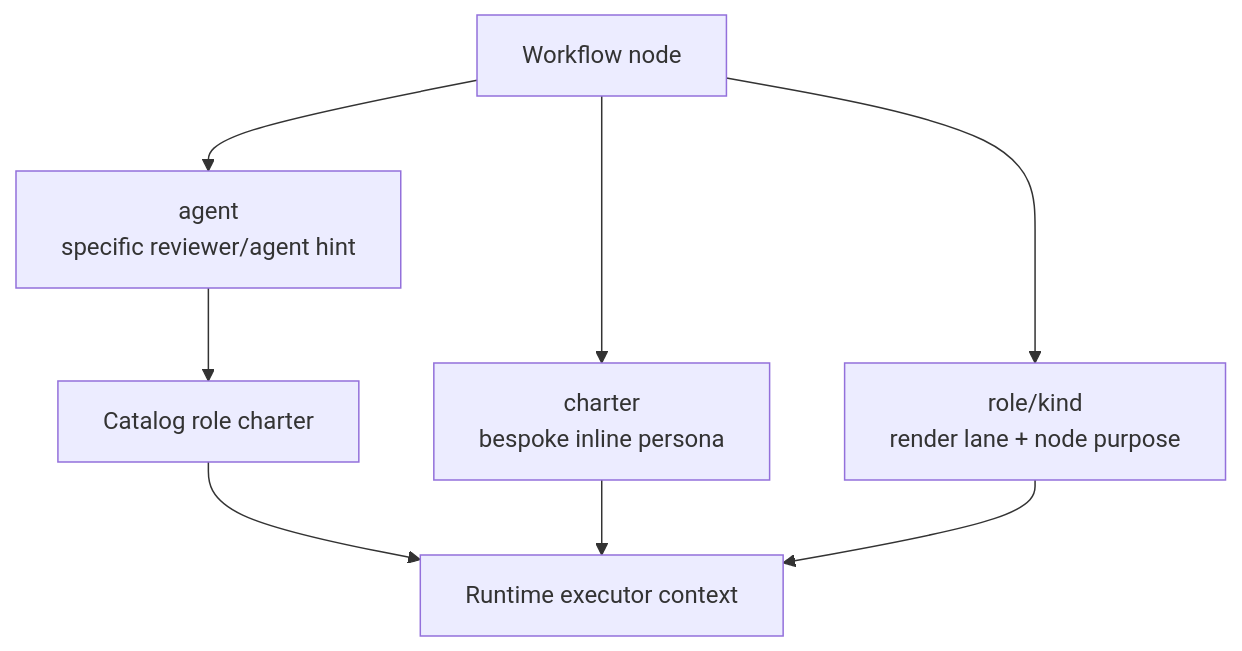
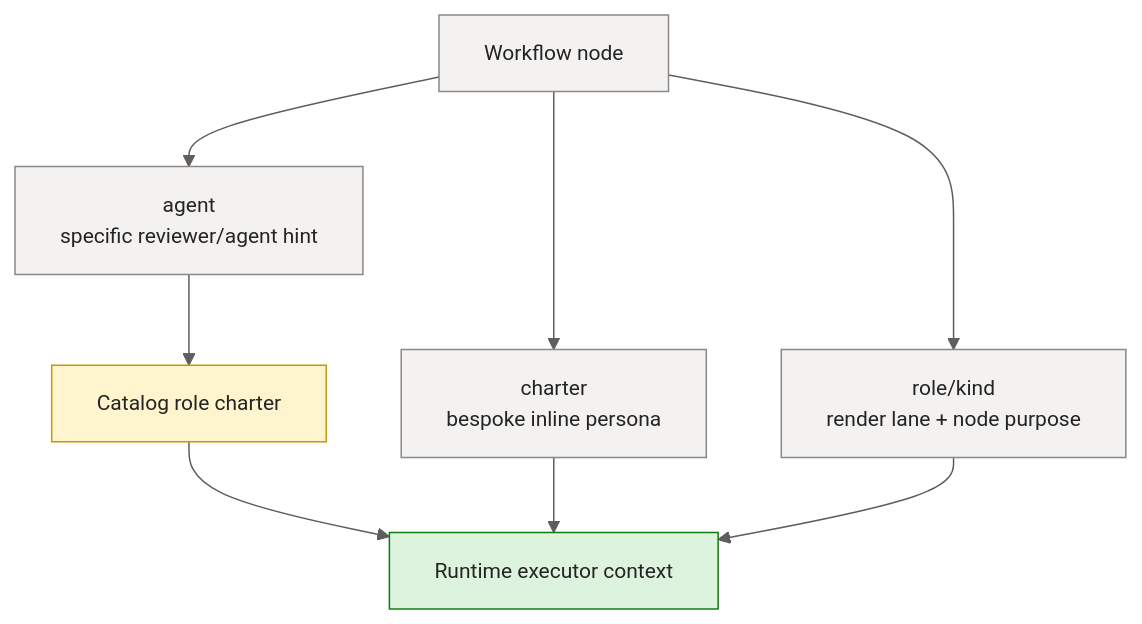
One commit to sabbour/agentweaver changed the fourth of 11 diagrams in docs/deep-dive/workflow-engine.md. Above: the diagram before and after it, drawn with Mermaid. The commit also changed other lines of this file and 13 other files, not shown here.

````diff
--- a/docs/deep-dive/workflow-engine.md
+++ b/docs/deep-dive/workflow-engine.md
@@ -134,17 +195,30 @@
 ```mermaid
+%%{init: {'theme':'base','themeVariables':{'fontFamily':'Segoe UI, system-ui, -apple-system, sans-serif','fontSize':'14px','primaryColor':'#E8EEF9','primaryBorderColor':'#0F6CBD','primaryTextColor':'#242424','lineColor':'#605E5C','clusterBkg':'#FAF9F8','clusterBorder':'#D2D0CE','edgeLabelBackground':'#FFFFFF'}}}%%
 flowchart TD
     Node[Workflow node]
     Lane[role/kind<br/>render lane + node purpose]
     AgentField[agent<br/>specific reviewer/agent hint]
     Charter[charter<br/>bespoke inline persona]
     Catalog[Catalog role charter]
     Runtime[Runtime executor context]
 
     Node --> Lane
     Node --> AgentField
     Node --> Charter
     AgentField --> Catalog
     Catalog --> Runtime
     Charter --> Runtime
     Lane --> Runtime
+
+    classDef client fill:#E8EEF9,stroke:#0F6CBD,stroke-width:1px,color:#242424;
+    classDef svc fill:#F3F2F1,stroke:#8A8886,stroke-width:1px,color:#242424;
+    classDef core fill:#CFE4FA,stroke:#0F6CBD,stroke-width:2px,color:#242424;
+    classDef data fill:#FFF4CE,stroke:#C19C00,stroke-width:1px,color:#242424;
+    classDef ext fill:#F0E8F8,stroke:#8764B8,stroke-width:1px,color:#242424;
+    classDef runtime fill:#DDF3DD,stroke:#107C10,stroke-width:1px,color:#242424;
+    classDef evt fill:#D6F0F0,stroke:#038387,stroke-width:1px,color:#242424;
+
+    class Node,Lane,AgentField,Charter svc;
+    class Catalog data;
+    class Runtime runtime;
 ```
````
